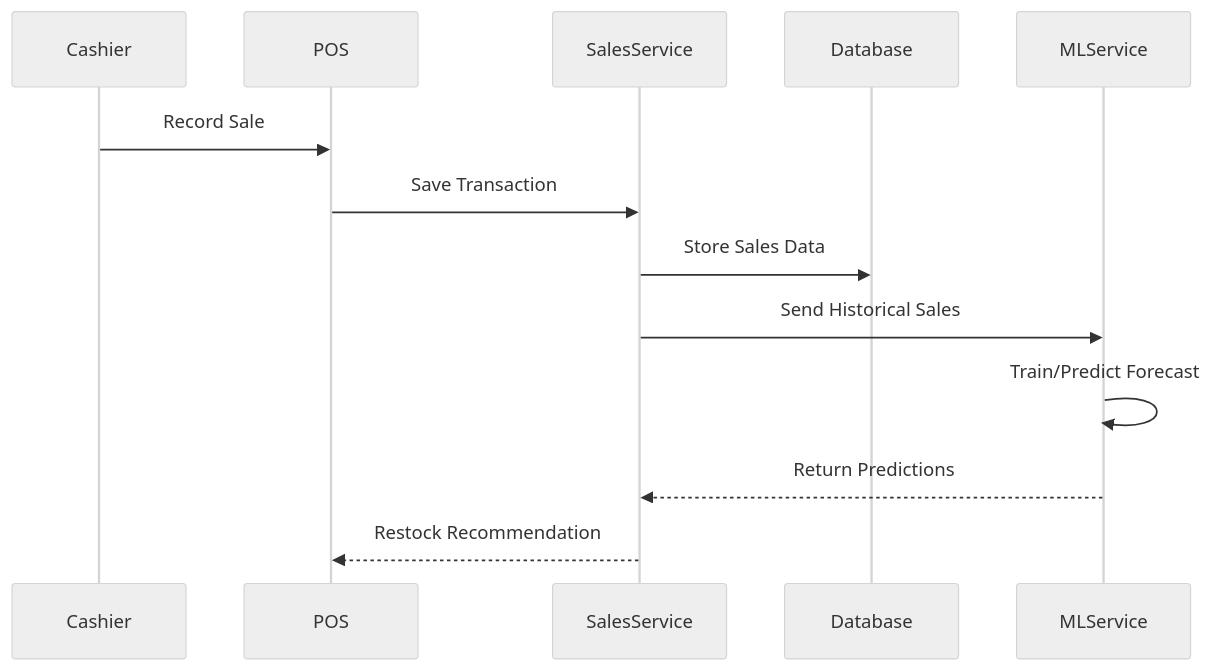
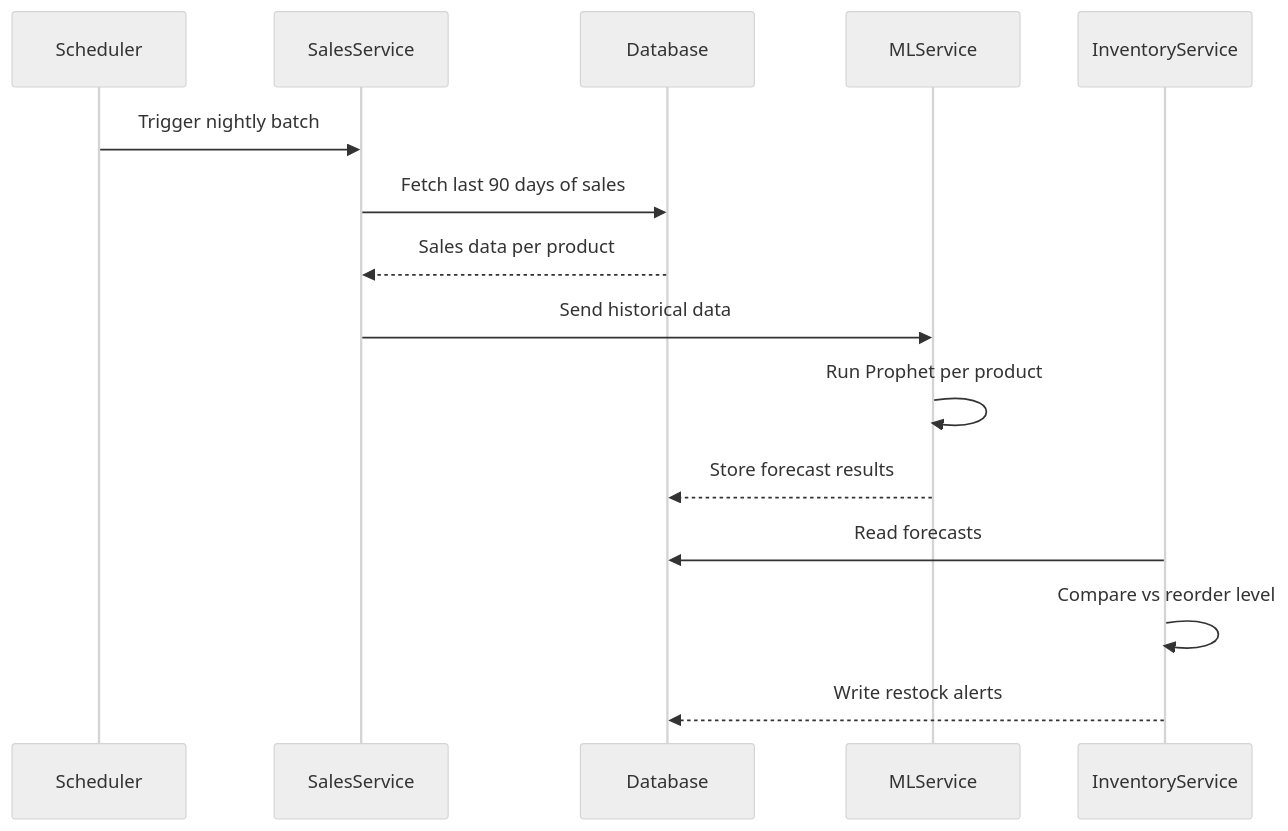
One commit to Poorna-Raj/zyntra-flow changed the second of 6 diagrams in docs/design-doc.md. Above: the diagram before and after it, drawn with Mermaid (neutral theme). The commit also changed other lines of this file, not shown here.

````diff
--- a/docs/design-doc.md
+++ b/docs/design-doc.md
@@ -156,21 +155,21 @@
 ```mermaid
 sequenceDiagram
-
-    participant Cashier
-    participant POS
+    participant Scheduler
     participant SalesService
     participant Database
     participant MLService
+    participant InventoryService
 
-    Cashier->>POS: Record Sale
-    POS->>SalesService: Save Transaction
-    SalesService->>Database: Store Sales Data
+    Scheduler->>SalesService: Trigger nightly batch
+    SalesService->>Database: Fetch last 90 days of sales
+    Database-->>SalesService: Sales data per product
 
-    SalesService->>MLService: Send Historical Sales
+    SalesService->>MLService: Send historical data
 
-    MLService->>MLService: Train/Predict Forecast
+    MLService->>MLService: Run Prophet per product
+    MLService-->>Database: Store forecast results
 
-    MLService-->>SalesService: Return Predictions
-
-    SalesService-->>POS: Restock Recommendation
+    InventoryService->>Database: Read forecasts
+    InventoryService->>InventoryService: Compare vs reorder level
+    InventoryService-->>Database: Write restock alerts
 ```
````
